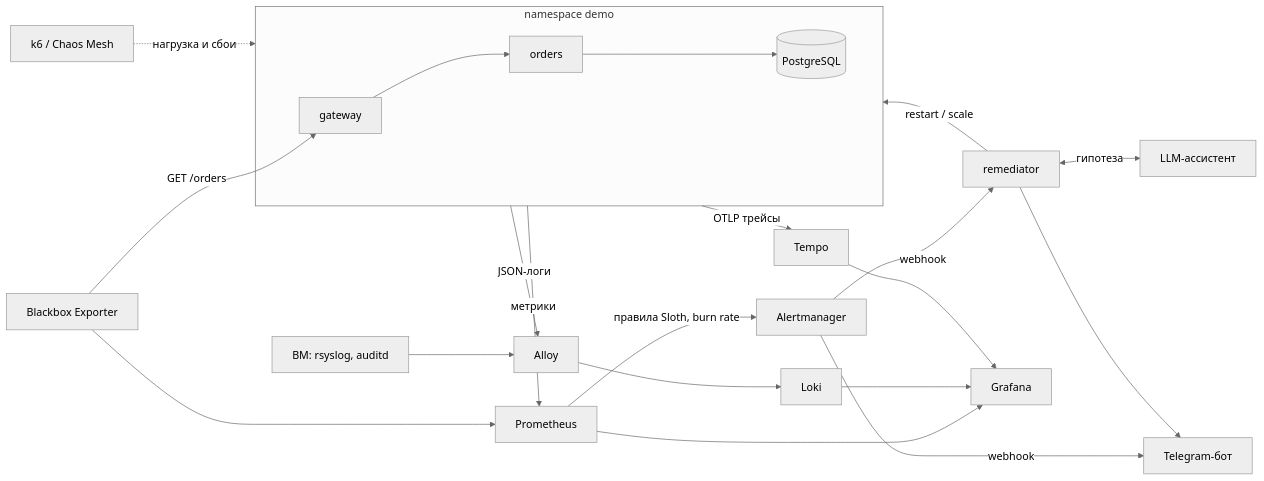
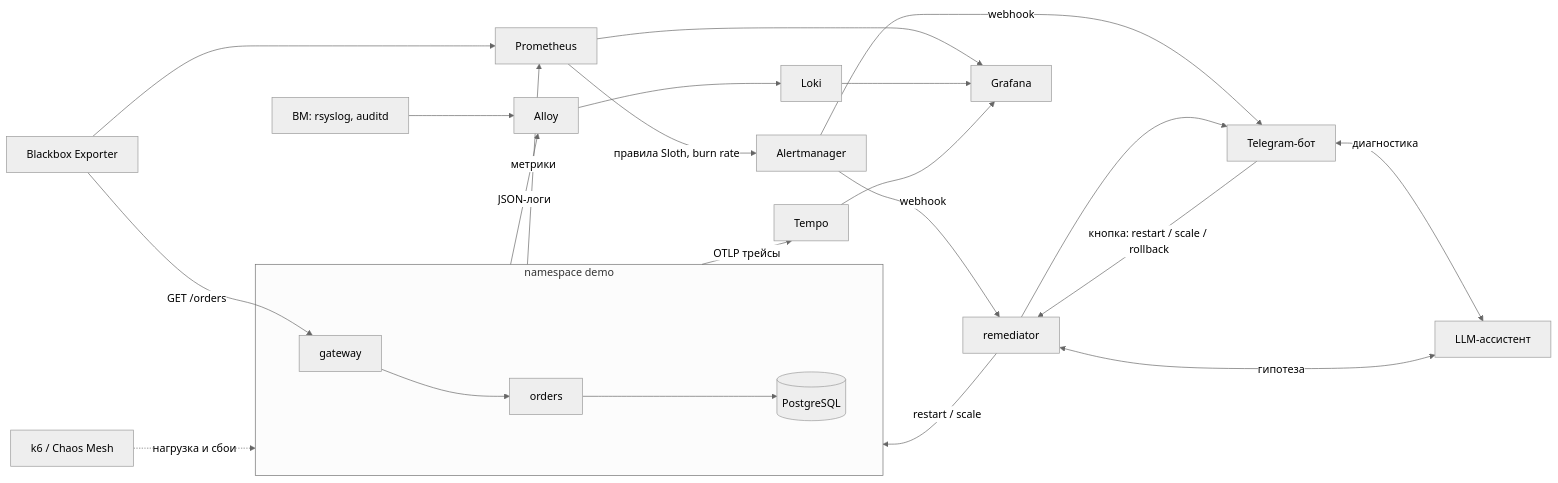
The diagram in README.md (MaksimGetmanets/telecom_future_sre), drawn with Mermaid (neutral theme) before and after one commit. The commit also changed other lines of this file and 30 other files, not shown here.

````diff
--- a/README.md
+++ b/README.md
@@ -32,20 +32,22 @@
 ```mermaid
 flowchart LR
   subgraph demo["namespace demo"]
     GW[gateway] --> ORD[orders] --> PG[(PostgreSQL)]
   end
   K6[k6 / Chaos Mesh] -. нагрузка и сбои .-> demo
   BB[Blackbox Exporter] -->|GET /orders| GW
   demo -->|метрики| PROM[Prometheus]
   BB --> PROM
   demo -->|JSON-логи| ALLOY[Alloy] --> LOKI[Loki]
   HOST[ВМ: rsyslog, auditd] --> ALLOY
   demo -->|OTLP трейсы| TEMPO[Tempo]
   PROM -->|правила Sloth, burn rate| AM[Alertmanager]
   AM -->|webhook| REM[remediator]
   AM -->|webhook| TG[Telegram-бот]
+  TG <-->|диагностика| LLM
+  TG -->|кнопка: restart / scale / rollback| REM
   REM -->|restart / scale| demo
   REM <-->|гипотеза| LLM[LLM-ассистент]
   REM --> TG
   PROM & LOKI & TEMPO --> GRAF[Grafana]
 ```
````
